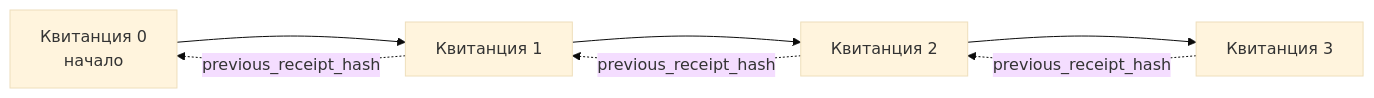
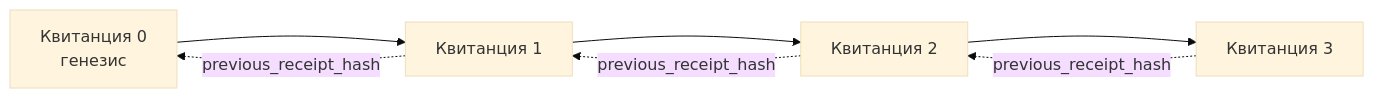
Before and after one commit to microsoft/ai-agents-for-beginners: the second of 2 diagrams in translations/ru/18-securing-ai-agents/README.md, drawn with Mermaid (base theme). The commit also changed other lines of this file and 47 other files, not shown here.

````diff
--- a/translations/ru/18-securing-ai-agents/README.md
+++ b/translations/ru/18-securing-ai-agents/README.md
@@ -206,9 +203,9 @@
 ```mermaid
 flowchart LR
-    R0[Квитанция 0<br/>начало] --> R1[Квитанция 1]
+    R0[Квитанция 0<br/>генезис] --> R1[Квитанция 1]
     R1 --> R2[Квитанция 2]
     R2 --> R3[Квитанция 3]
     R1 -. previous_receipt_hash .-> R0
     R2 -. previous_receipt_hash .-> R1
     R3 -. previous_receipt_hash .-> R2
 ```
````
